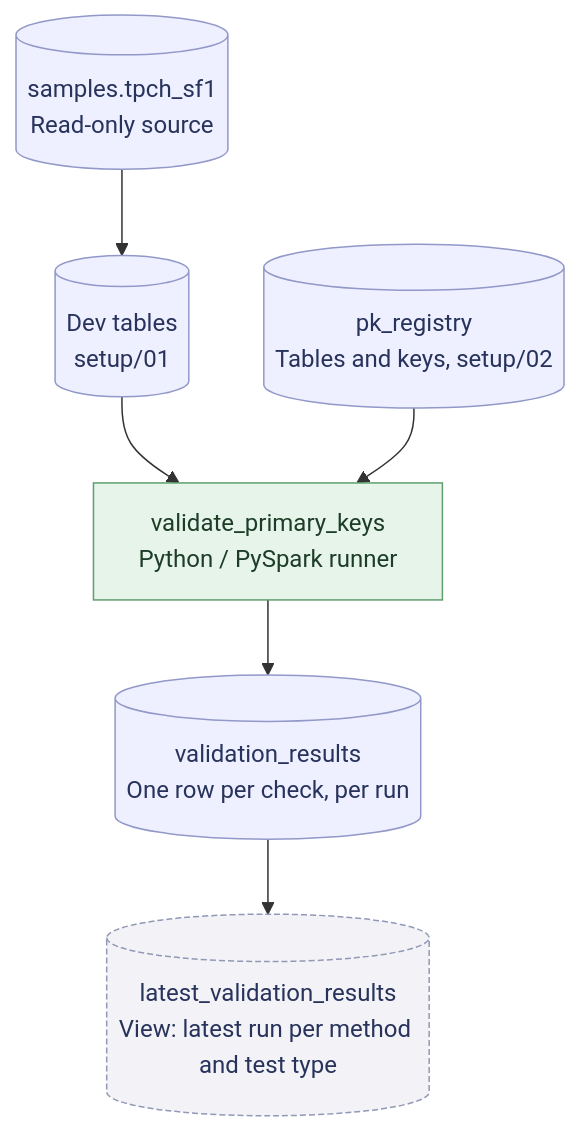
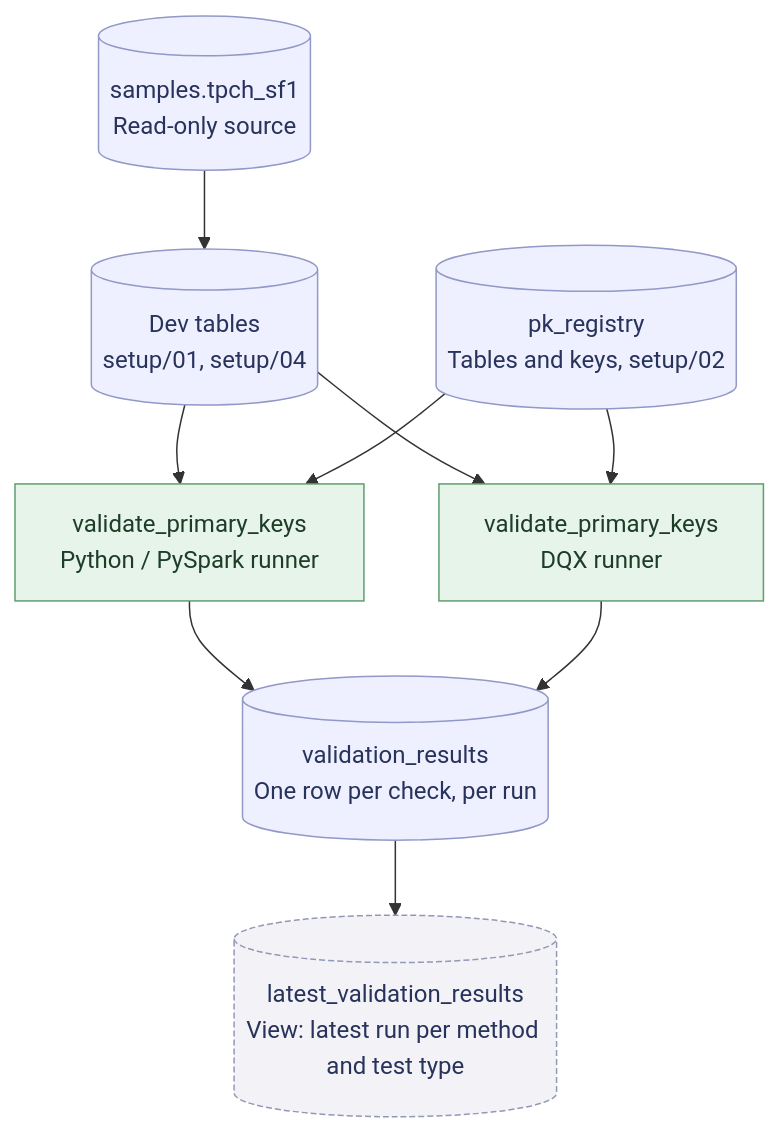
Before and after one commit to jkimdatadev/metadata-driven-validation-sweep: the diagram in README.md, drawn with Mermaid. The commit also changed other lines of this file, not shown here.

Commit message:
Update README with DQX runner and Python vs DQX comparison

````diff
--- a/README.md
+++ b/README.md
@@ -26,23 +26,27 @@
 ```mermaid
 flowchart TD
     A[("samples.tpch_sf1<br/>Read-only source")]
-    B[("Dev tables<br/>setup/01")]
+    B[("Dev tables<br/>setup/01, setup/04")]
     C[("pk_registry<br/>Tables and keys, setup/02")]
-    D["validate_primary_keys<br/>Python / PySpark runner"]
+    D1["validate_primary_keys<br/>Python / PySpark runner"]
+    D2["validate_primary_keys<br/>DQX runner"]
     E[("validation_results<br/>One row per check, per run")]
     F[("latest_validation_results<br/>View: latest run per method and test type")]
 
     A --> B
-    B --> D
-    C --> D
-    D --> E
+    B --> D1
+    C --> D1
+    B --> D2
+    C --> D2
+    D1 --> E
+    D2 --> E
     E --> F
 
     classDef data fill:#eef0ff,stroke:#9298c8,color:#28335c
     classDef process fill:#e6f4ea,stroke:#5f9e6e,color:#1e3d27
     classDef view fill:#f3f3f7,stroke:#9298b7,color:#28335c,stroke-dasharray:4 2
 
     class A,B,C,E data
-    class D process
+    class D1,D2 process
     class F view
 ```
````
